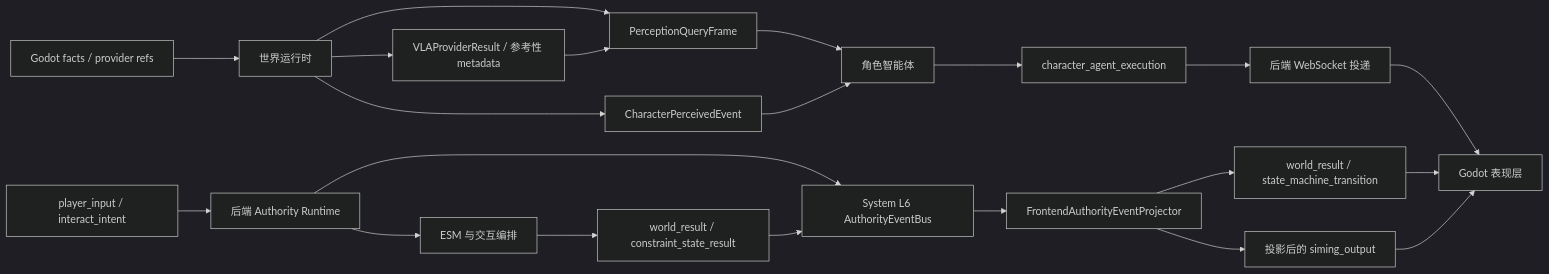
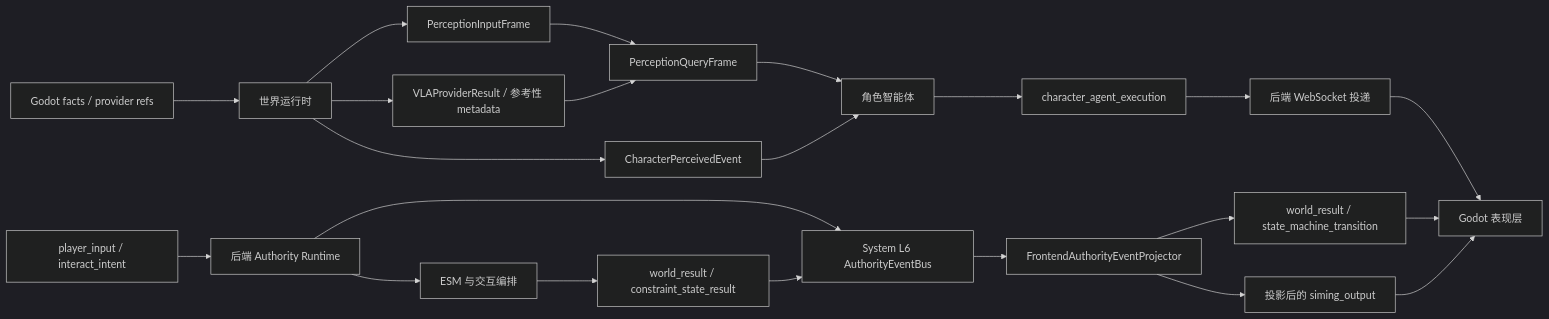
One commit to Dancing-coin/Paralls-phase0-1 changed the third of 3 diagrams in docs/架构/整体架构.md. Above: the diagram before and after it, drawn with Mermaid (dark theme). The commit also changed other lines of this file and 2 other files, not shown here.

````diff
--- a/docs/架构/整体架构.md
+++ b/docs/架构/整体架构.md
@@ -214,27 +221,28 @@
 ```mermaid
 flowchart LR
     GodotFacts[Godot facts / provider refs] --> WorldRuntime[世界运行时]
     PlayerInput[player_input / interact_intent] --> Backend[后端 Authority Runtime]
 
-    WorldRuntime --> PQF[PerceptionQueryFrame]
+    WorldRuntime --> InputFrame[PerceptionInputFrame]
+    InputFrame --> PQF[PerceptionQueryFrame]
     WorldRuntime --> Private[CharacterPerceivedEvent]
     WorldRuntime --> VLA[VLAProviderResult / 参考性 metadata]
 
     PQF --> Character[角色智能体]
     Private --> Character
     VLA --> PQF
 
     Character --> Exec[character_agent_execution]
     Exec --> Delivery[后端 WebSocket 投递]
     Backend --> ESM[ESM 与交互编排]
     ESM --> WorldResult[world_result / constraint_state_result]
     Backend --> L6[System L6 AuthorityEventBus]
     WorldResult --> L6
     L6 --> Projector[FrontendAuthorityEventProjector]
     Projector --> ProjectedSiming[投影后的 siming_output]
     Projector --> WorldProjection[world_result / state_machine_transition]
 
     Delivery --> GodotPresentation[Godot 表现层]
     WorldProjection --> GodotPresentation
     ProjectedSiming --> GodotPresentation
 ```
````
